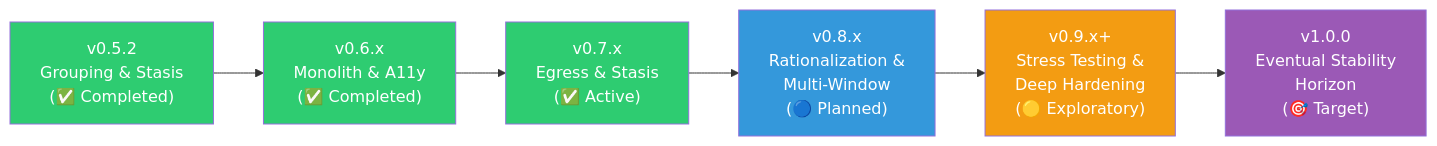
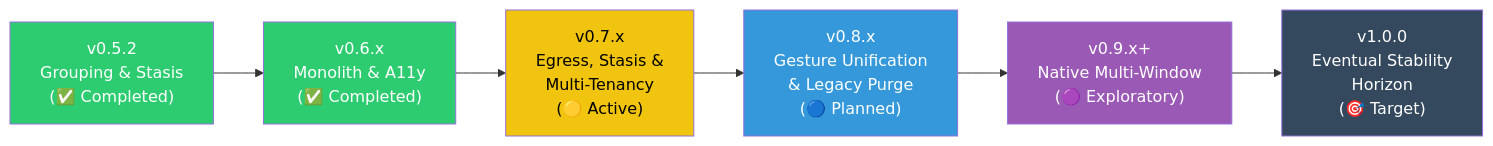
Before and after one commit to pccria/flutter_notification_queue: the diagram in doc/roadmap.md, drawn with Mermaid. The commit also changed other lines of this file and 6 other files, not shown here.

Commit message:
docs(core): add multi-tenancy vs multi-view specification and align version roadmap

````diff
--- a/doc/roadmap.md
+++ b/doc/roadmap.md
@@ -33,22 +36,22 @@
 ```mermaid
 graph LR
     A["v0.5.2<br/>Grouping & Stasis<br/>(✅ Completed)"]
     B["v0.6.x<br/>Monolith & A11y<br/>(✅ Completed)"]
-    C["v0.7.x<br/>Egress & Stasis<br/>(✅ Active)"]
-    D["v0.8.x<br/>Rationalization &<br/>Multi-Window<br/>(🔵 Planned)"]
-    E["v0.9.x+<br/>Stress Testing &<br/>Deep Hardening<br/>(🟡 Exploratory)"]
+    C["v0.7.x<br/>Egress, Stasis &<br/>Multi-Tenancy<br/>(🟡 Active)"]
+    D["v0.8.x<br/>Gesture Unification<br/>& Legacy Purge<br/>(🔵 Planned)"]
+    E["v0.9.x+<br/>Native Multi-Window<br/>(🟣 Exploratory)"]
     F["v1.0.0<br/>Eventual Stability<br/>Horizon<br/>(🎯 Target)"]
 
     A --> B
     B --> C
     C --> D
     D --> E
     E --> F
 
     style A fill:#2ecc71,color:#fff
     style B fill:#2ecc71,color:#fff
-    style C fill:#2ecc71,color:#fff
+    style C fill:#f1c40f,color:#000
     style D fill:#3498db,color:#fff
-    style E fill:#f39c12,color:#fff
-    style F fill:#9b59b6,color:#fff
+    style E fill:#9b59b6,color:#fff
+    style F fill:#34495e,color:#fff
 ```
````
